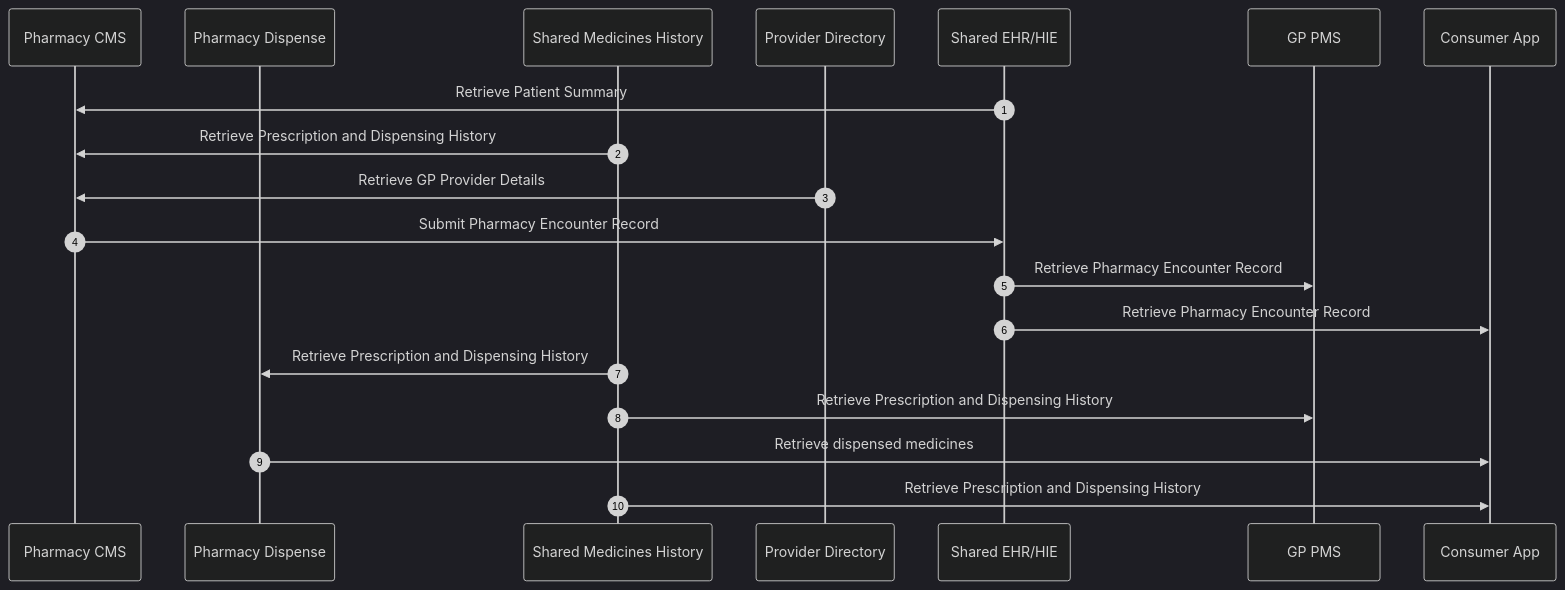
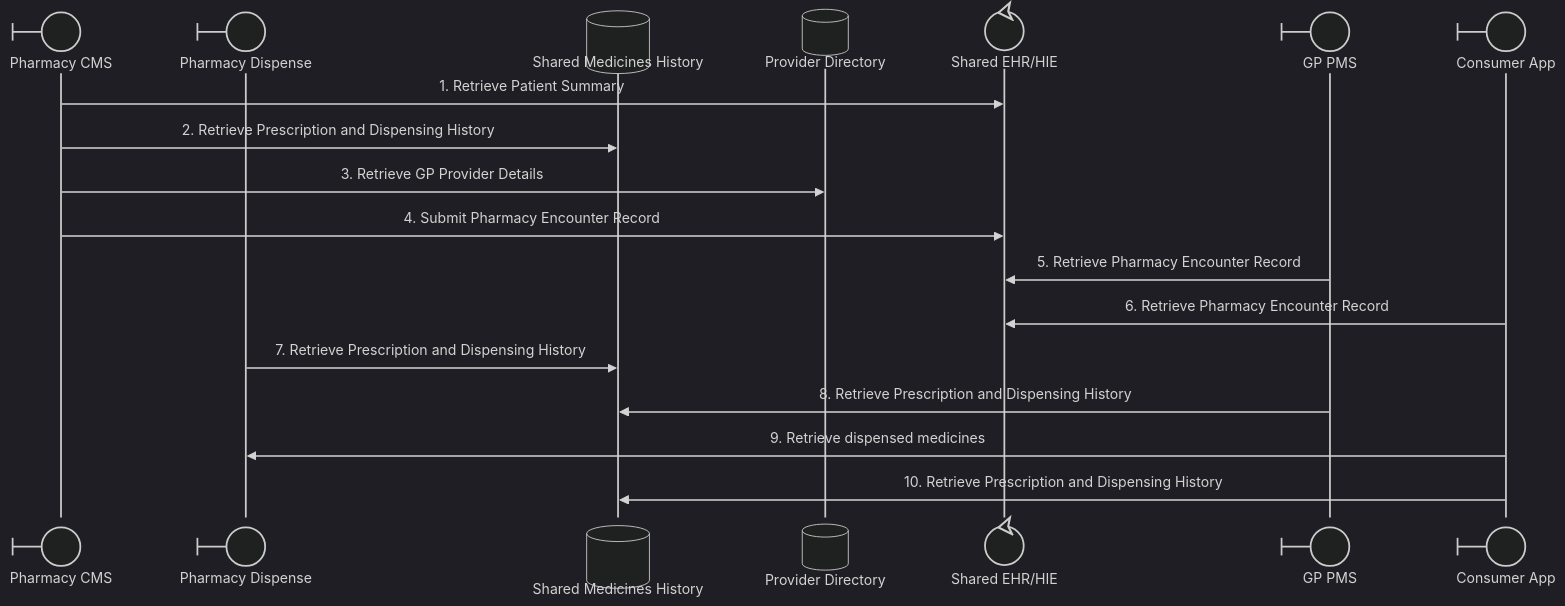
The fifth of 7 diagrams in au-fhir-test-data-set/connected-care/Alex Story Interactions.md (hl7au/au-fhir-test-data), drawn with Mermaid (dark theme) before and after one commit. The commit also changed other lines of this file, not shown here.

Commit message:
Updated Alex Story Interactions.md so diagrams read initiator→responder directly, with manual numbering, typed/described participants, and consistent naming.

````diff
--- a/au-fhir-test-data-set/connected-care/Alex Story Interactions.md
+++ b/au-fhir-test-data-set/connected-care/Alex Story Interactions.md
@@ -215,27 +243,26 @@
 ```mermaid
 sequenceDiagram
-    autonumber
-    participant PCMS as Pharmacy CMS
-    participant PDMS as Pharmacy Dispense
-    participant PMH as Shared Medicines History
-    participant PD as Provider Directory
-    participant SEHR as Shared EHR/HIE
-    participant GPPMS as GP PMS
-    participant PatApp as Consumer App
+    participant PCMS@{ "type" : "boundary" } as Pharmacy CMS
+    participant PDMS@{ "type" : "boundary" } as Pharmacy Dispense
+    participant PMH@{ "type" : "database" } as Shared Medicines History
+    participant PD@{ "type" : "database" } as Provider Directory
+    participant SEHR@{ "type" : "control" } as Shared EHR/HIE
+    participant GPPMS@{ "type" : "boundary" } as GP PMS
+    participant PatApp@{ "type" : "boundary" } as Consumer App
 
-    SEHR->>PCMS: Retrieve Patient Summary
+    PCMS->>SEHR: 1. Retrieve Patient Summary
 
-    PMH->>PCMS: Retrieve Prescription and Dispensing History
+    PCMS->>PMH: 2. Retrieve Prescription and Dispensing History
 
-    PD->>PCMS: Retrieve GP Provider Details
-    PCMS->>SEHR: Submit Pharmacy Encounter Record
-    SEHR->>GPPMS: Retrieve Pharmacy Encounter Record
-    SEHR->>PatApp: Retrieve Pharmacy Encounter Record
+    PCMS->>PD: 3. Retrieve GP Provider Details
+    PCMS->>SEHR: 4. Submit Pharmacy Encounter Record
+    GPPMS->>SEHR: 5. Retrieve Pharmacy Encounter Record
+    PatApp->>SEHR: 6. Retrieve Pharmacy Encounter Record
 
-    PMH->>PDMS: Retrieve Prescription and Dispensing History
+    PDMS->>PMH: 7. Retrieve Prescription and Dispensing History
 
-    PMH->>GPPMS: Retrieve Prescription and Dispensing History
+    GPPMS->>PMH: 8. Retrieve Prescription and Dispensing History
 
-    PDMS->>PatApp: Retrieve dispensed medicines
-    PMH->>PatApp: Retrieve Prescription and Dispensing History
+    PatApp->>PDMS: 9. Retrieve dispensed medicines
+    PatApp->>PMH: 10. Retrieve Prescription and Dispensing History
 ```
````
